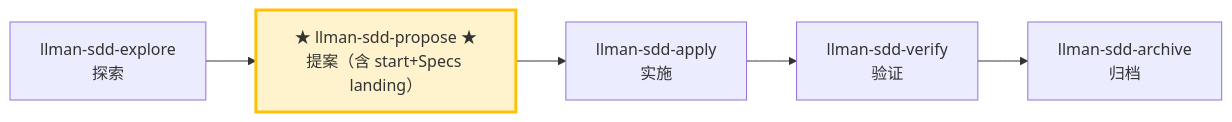
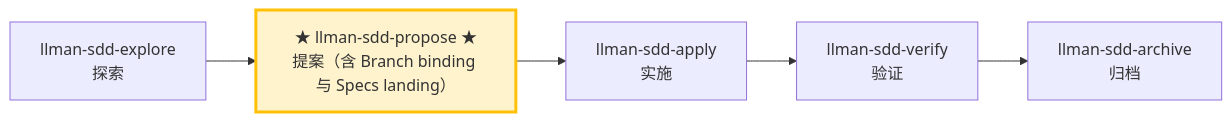
One commit to StrayDragon/llman changed the diagram in templates/sdd/zh-Hans/skills/llman-sdd-propose.md. Above: the diagram before and after it, drawn with Mermaid. The commit also changed other lines of this file and 48 other files, not shown here.

````diff
--- a/templates/sdd/zh-Hans/skills/llman-sdd-propose.md
+++ b/templates/sdd/zh-Hans/skills/llman-sdd-propose.md
@@ -21,10 +21,10 @@
 ```mermaid
 flowchart LR
     explore["llman-sdd-explore<br/>探索"] --> propose
-    propose["★ llman-sdd-propose ★<br/>提案（含 start+Specs landing）"]
+    propose["★ llman-sdd-propose ★<br/>提案（含 Branch binding 与 Specs landing）"]
     propose --> apply["llman-sdd-apply<br/>实施"]
     apply --> verify["llman-sdd-verify<br/>验证"]
     verify --> archive["llman-sdd-archive<br/>归档"]
 
     style propose fill:#fff3cd,stroke:#ffc107,stroke-width:3px
 ```
````
